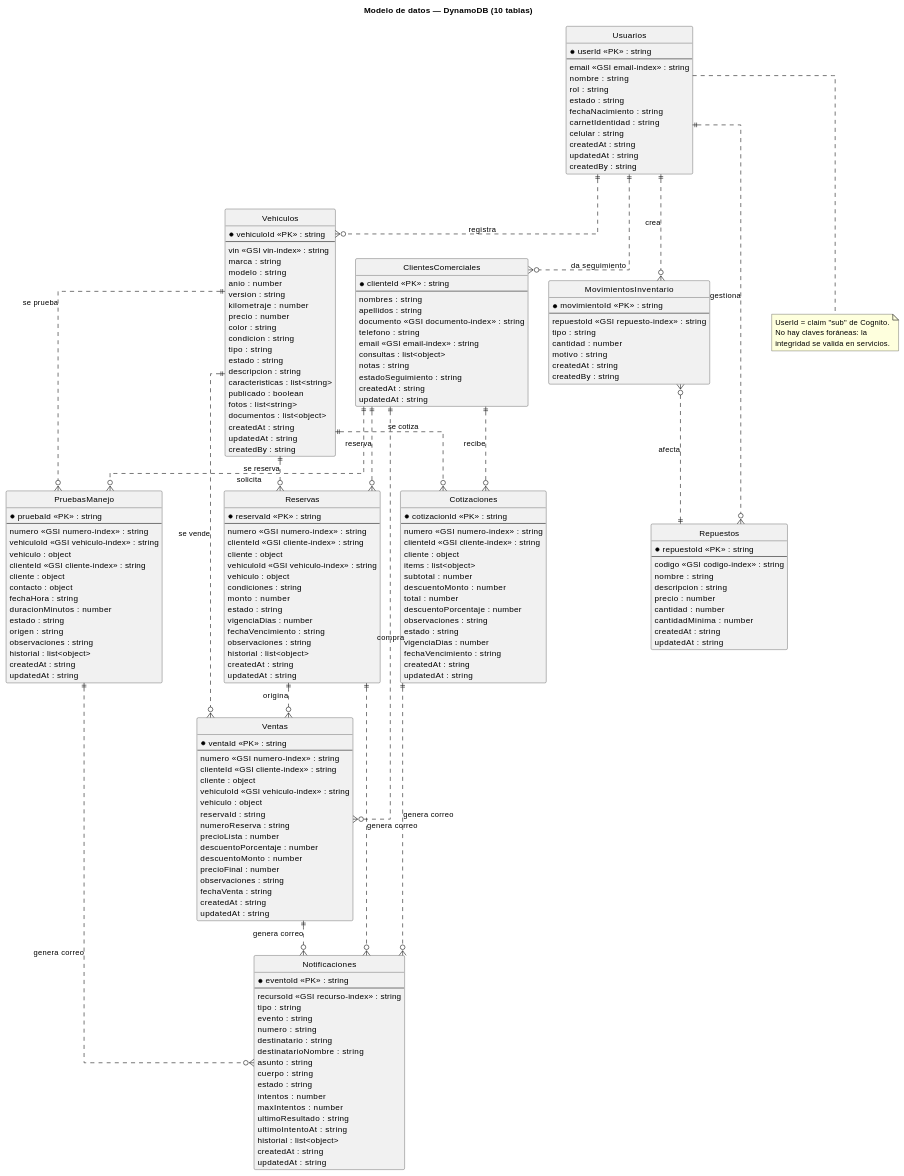
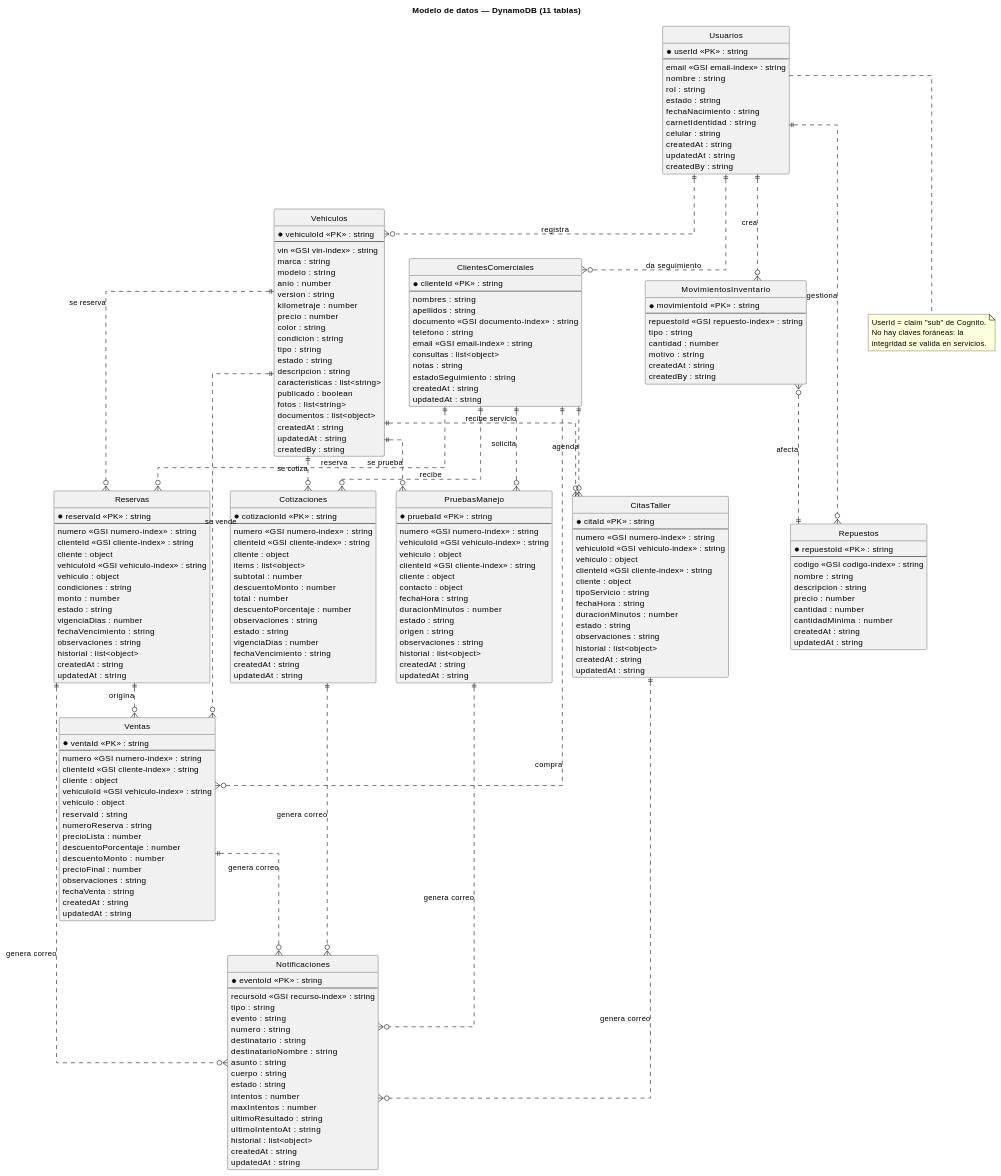
One commit to dgschahvqvc17/Concesionaria-BMW changed the fourth of 17 diagrams in documentacion/diagramas.md. Above: the diagram before and after it, drawn with PlantUML. The commit also changed other lines of this file and 35 other files, not shown here.

````diff
--- a/documentacion/diagramas.md
+++ b/documentacion/diagramas.md
@@ -210,6 +215,6 @@
 ```plantuml
 @startuml
-title Modelo de datos — DynamoDB (10 tablas)
+title Modelo de datos — DynamoDB (11 tablas)
 hide circle
 skinparam shadowing false
 skinparam linetype ortho
@@ -390,6 +395,24 @@
   updatedAt : string
 }
 
+entity "CitasTaller" as citas {
+  * citaId <<PK>> : string
+  --
+  numero <<GSI numero-index>> : string
+  vehiculoId <<GSI vehiculo-index>> : string
+  vehiculo : object
+  clienteId <<GSI cliente-index>> : string
+  cliente : object
+  tipoServicio : string
+  fechaHora : string
+  duracionMinutos : number
+  estado : string
+  observaciones : string
+  historial : list<object>
+  createdAt : string
+  updatedAt : string
+}
+
 usuarios ||..o{ movimientos : "crea"
 usuarios ||..o{ vehiculos : "registra"
 movimientos }o..|| repuestos : "afecta"
@@ -408,6 +431,9 @@
 cotizaciones ||..o{ notificaciones : "genera correo"
 pruebas ||..o{ notificaciones : "genera correo"
 ventas ||..o{ notificaciones : "genera correo"
+vehiculos ||..o{ citas : "recibe servicio"
+clientes ||..o{ citas : "agenda"
+citas ||..o{ notificaciones : "genera correo"
 
 note bottom of usuarios
   UserId = claim "sub" de Cognito.
````
